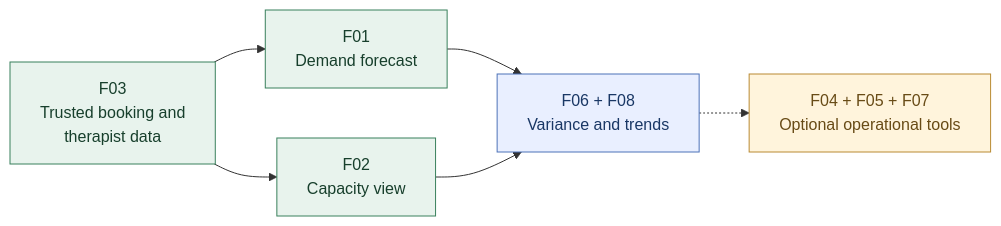
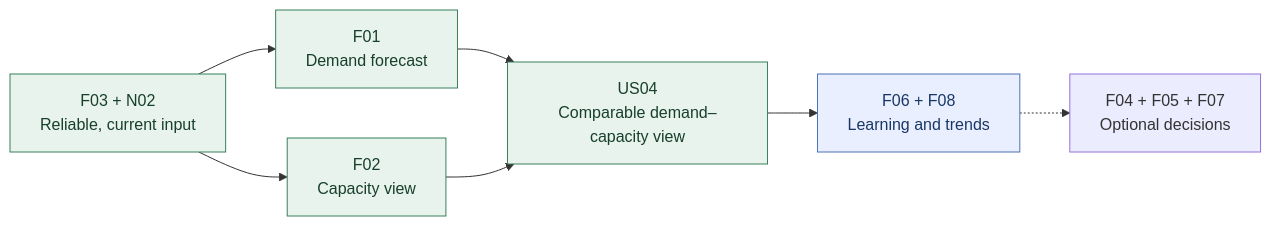
One commit to veenguyen2302-glitch/pinnacle-wellness-business-analysis changed the second of 3 diagrams in 03-requirements-analysis-and-prioritisation.md. Above: the diagram before and after it, drawn with Mermaid. The commit also changed other lines of this file, not shown here.

````diff
--- a/03-requirements-analysis-and-prioritisation.md
+++ b/03-requirements-analysis-and-prioritisation.md
@@ -66,21 +135,19 @@
 ```mermaid
 flowchart LR
-    D["F03<br/>Trusted booking and<br/>therapist data"]
+    D["F03 + N02<br/>Reliable, current input"]
     F["F01<br/>Demand forecast"]
     C["F02<br/>Capacity view"]
-    V["F06 + F08<br/>Variance and trends"]
-    X["F04 + F05 + F07<br/>Optional operational tools"]
-
+    M["US04<br/>Comparable demand–capacity view"]
+    L["F06 + F08<br/>Learning and trends"]
+    O["F04 + F05 + F07<br/>Optional decisions"]
     D --> F
     D --> C
-    F --> V
-    C --> V
-    V -.-> X
-
-    classDef must fill:#e8f3ed,stroke:#39805c,color:#173f2c
-    classDef should fill:#e9efff,stroke:#4d72b8,color:#193765
-    classDef could fill:#fff4dc,stroke:#b98a32,color:#684b16
-    class D,F,C must
-    class V should
-    class X could
+    F --> M
+    C --> M
+    M --> L
+    L -.-> O
+    classDef core fill:#e8f3ed,stroke:#39805c,color:#173f2c
+    classDef next fill:#e9efff,stroke:#4d72b8,color:#193765
+    class D,F,C,M core
+    class L next
 ```
````
